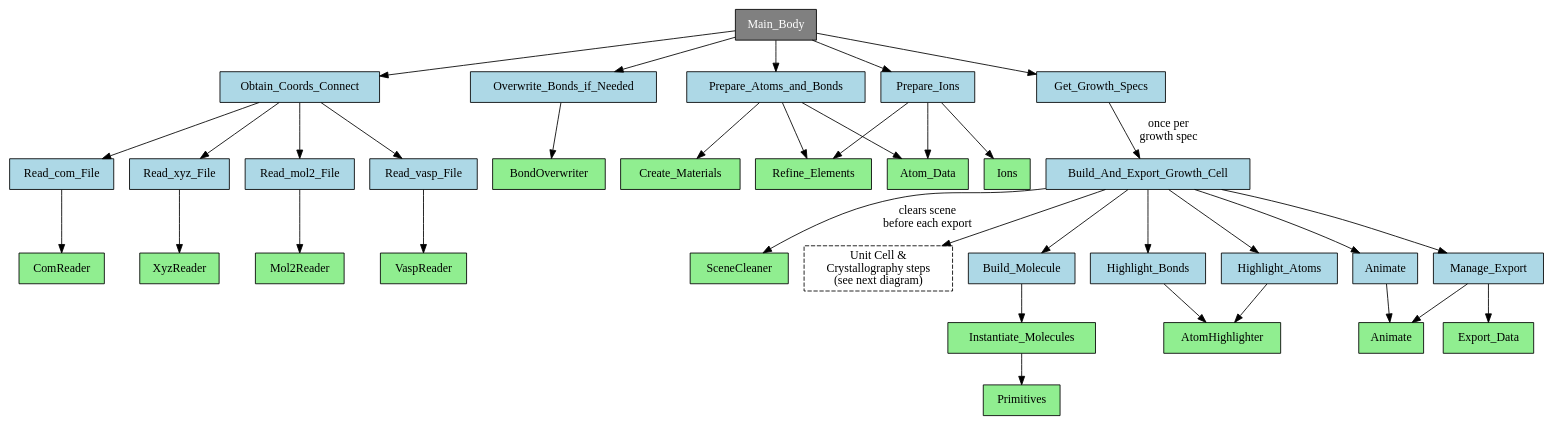
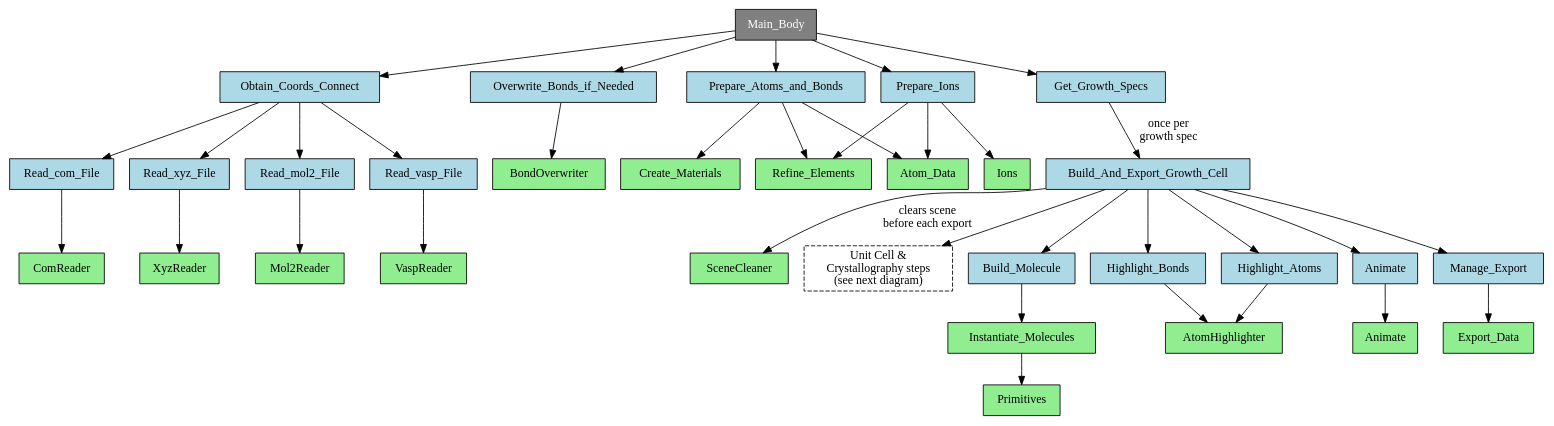
Before and after one commit to eecheve/Gaussian-2-Blender: the second of 5 diagrams in docs/components.rst, drawn with Graphviz. The commit also changed 19 other files, not shown here.

```diff
--- a/docs/components.rst
+++ b/docs/components.rst
@@ -150,6 +150,5 @@
 
        Animate -> Animate_Module;
 
-       Manage_Export -> Animate_Module;
        Manage_Export -> Export_Data;
    }
```
